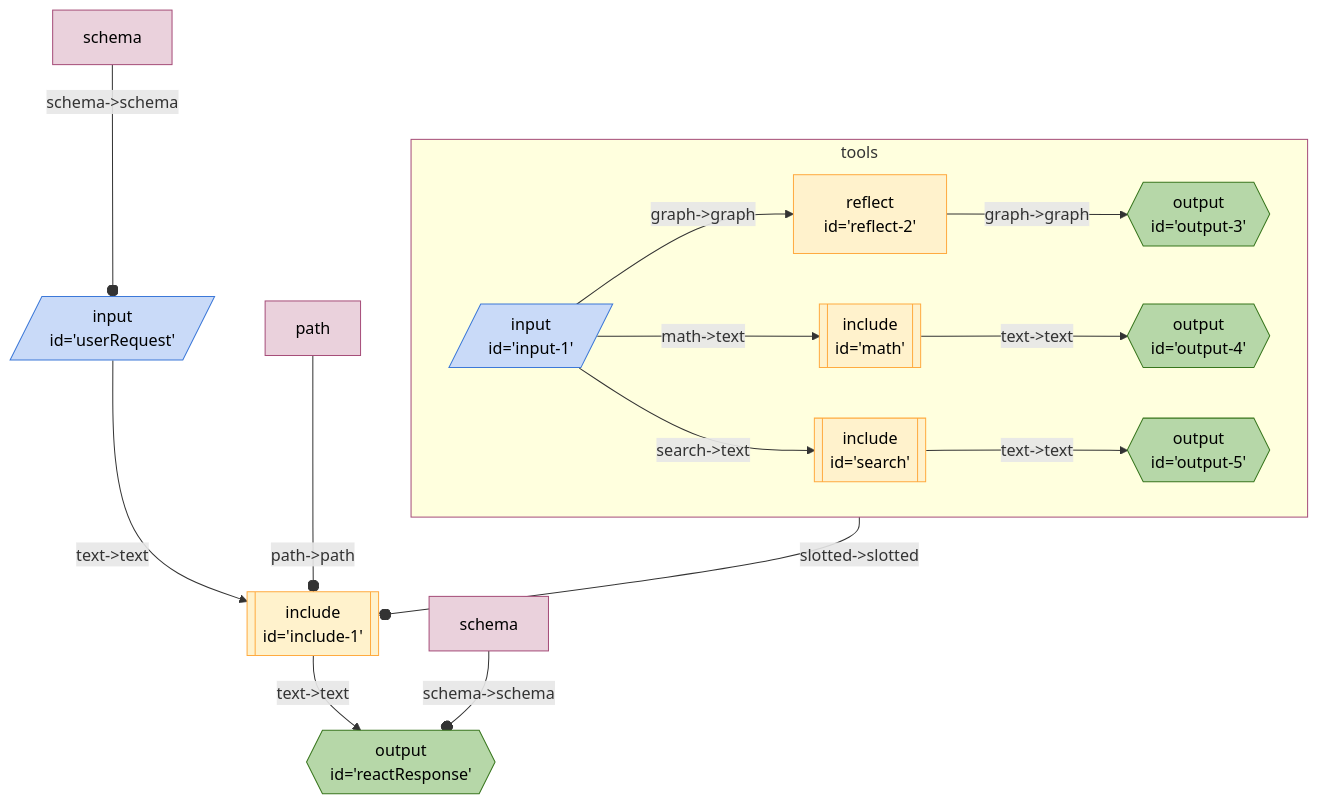
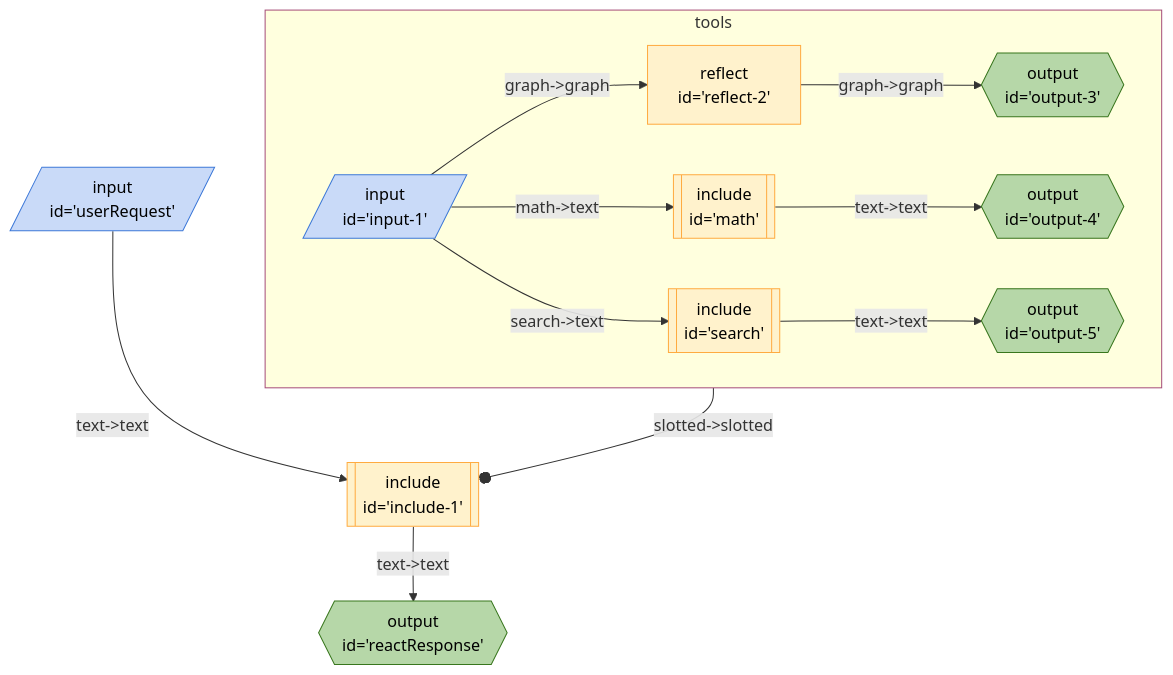
Before and after one commit to breadboard-ai/breadboard: the diagram in seeds/graph-playground/docs/graphs/call-react-with-slot.md, drawn with Mermaid. The commit also changed 30 other files, not shown here.

````diff
--- a/seeds/graph-playground/docs/graphs/call-react-with-slot.md
+++ b/seeds/graph-playground/docs/graphs/call-react-with-slot.md
@@ -5,32 +5,24 @@
   ```mermaid
   %%{init: 'themeVariables': { 'fontFamily': 'Fira Code, monospace' }}%%
 graph TD;
 include1[["include <br> id='include-1'"]]:::include -- "text->text" --> reactResponse{{"output <br> id='reactResponse'"}}:::output
 subgraph sg_tools [tools]
 include1_reflect2["reflect <br> id='reflect-2'"] -- "graph->graph" --> include1_output3{{"output <br> id='output-3'"}}:::output
 include1_input1[/"input <br> id='input-1'"/]:::input -- "graph->graph" --> include1_reflect2["reflect <br> id='reflect-2'"]
 include1_math[["include <br> id='math'"]]:::include -- "text->text" --> include1_output4{{"output <br> id='output-4'"}}:::output
 include1_input1[/"input <br> id='input-1'"/]:::input -- "math->text" --> include1_math[["include <br> id='math'"]]:::include
 include1_search[["include <br> id='search'"]]:::include -- "text->text" --> include1_output5{{"output <br> id='output-5'"}}:::output
 include1_input1[/"input <br> id='input-1'"/]:::input -- "search->text" --> include1_search[["include <br> id='search'"]]:::include
-
-
-
-
 end
 sg_tools:::slotted -- "slotted->slotted" --o include1
 
 userRequest[/"input <br> id='userRequest'"/]:::input -- "text->text" --> include1[["include <br> id='include-1'"]]:::include
-schemauserRequest[schema]:::config -- "schema->schema" --o userRequest
-pathinclude1[path]:::config -- "path->path" --o include1
-
-schemareactResponse[schema]:::config -- "schema->schema" --o reactResponse
 classDef default stroke:#ffab40,fill:#fff2ccff,color:#000
 classDef input stroke:#3c78d8,fill:#c9daf8ff,color:#000
 classDef output stroke:#38761d,fill:#b6d7a8ff,color:#000
 classDef passthrough stroke:#a64d79,fill:#ead1dcff,color:#000
 classDef slot stroke:#a64d79,fill:#ead1dcff,color:#000
 classDef config stroke:#a64d79,fill:#ead1dcff,color:#000
 classDef secrets stroke:#db4437,fill:#f4cccc,color:#000
 classDef slotted stroke:#a64d79
   ```
````
